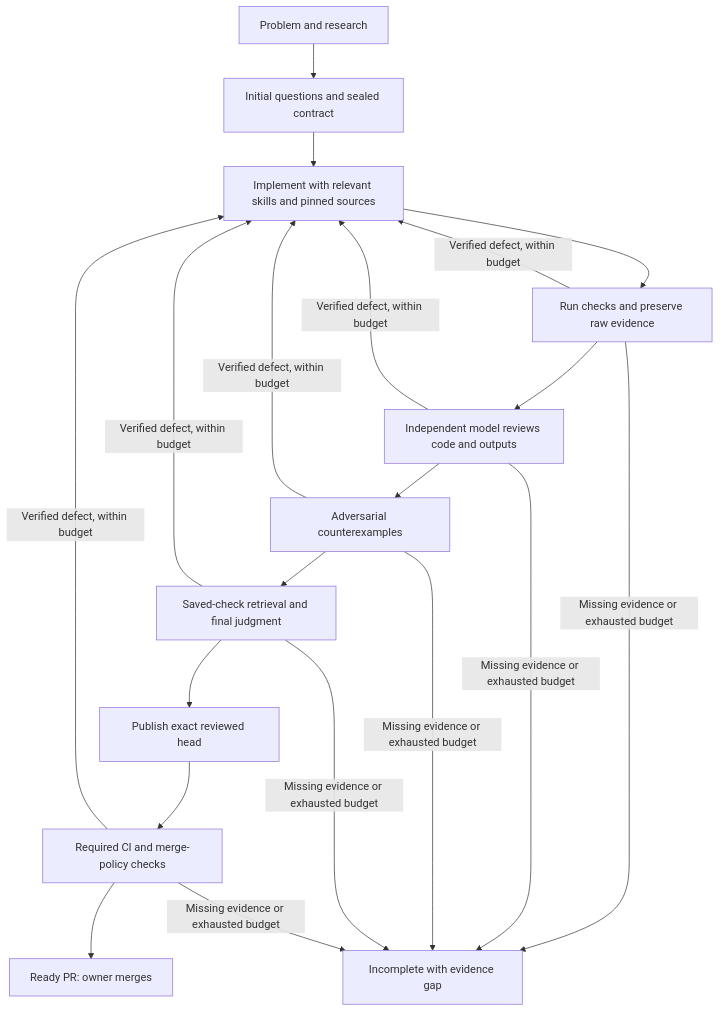
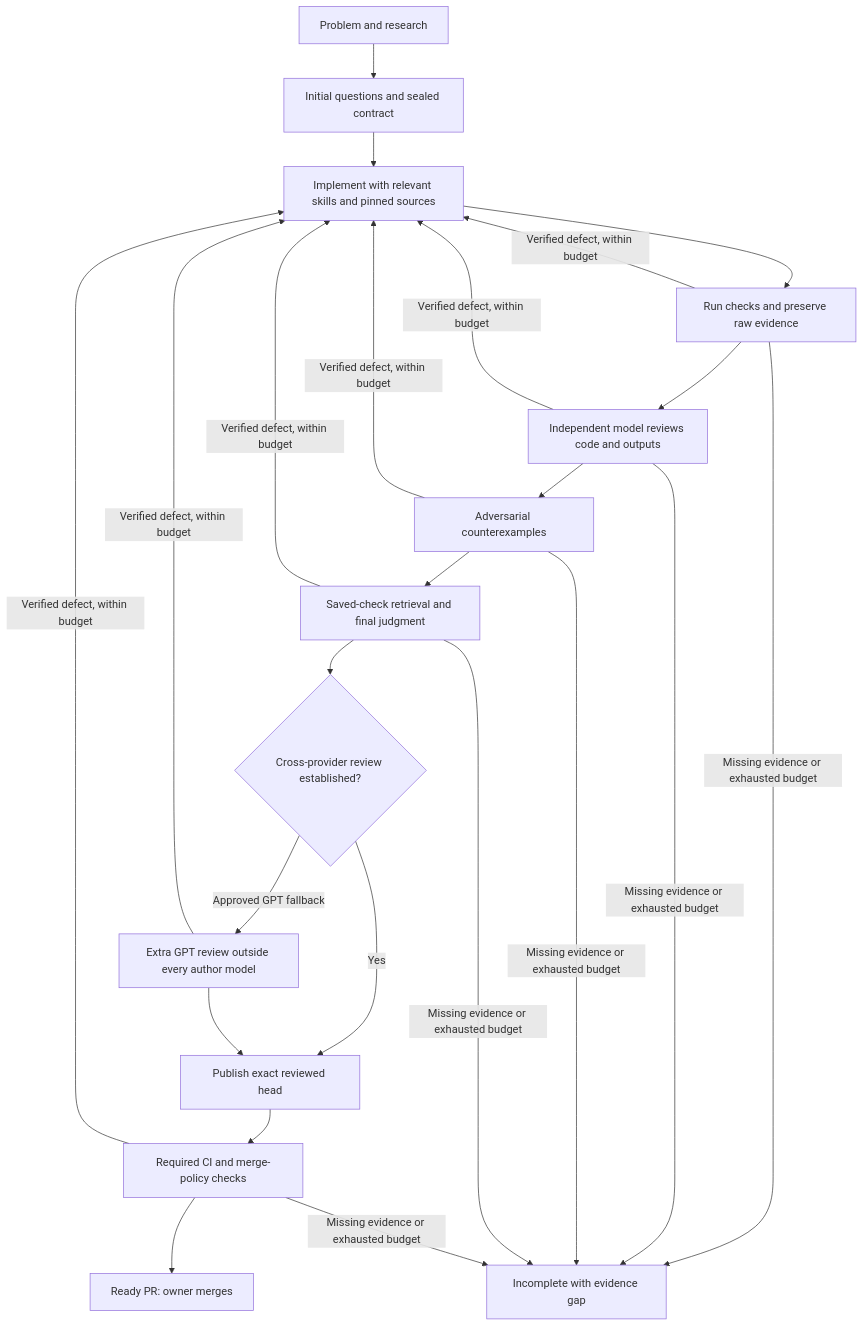
Before and after one commit to SovranBitcoin/Sovran: the diagram in harness/README.md, drawn with Mermaid. The commit also changed other lines of this file and 7 other files, not shown here.

Commit message:
Enforce durable model fallback and independent GPT review slots

````diff
--- a/harness/README.md
+++ b/harness/README.md
@@ -23,14 +23,17 @@
 ```mermaid
 flowchart TD
   problem[Problem and research] --> intake[Initial questions and sealed contract]
   intake --> implement[Implement with relevant skills and pinned sources]
   implement --> verify[Run checks and preserve raw evidence]
   verify --> review[Independent model reviews code and outputs]
   review --> adversary[Adversarial counterexamples]
   adversary --> audit[Saved-check retrieval and final judgment]
-  audit --> publish[Publish exact reviewed head]
+  audit --> diversity{Cross-provider review established?}
+  diversity -->|Yes| publish[Publish exact reviewed head]
+  diversity -->|Approved GPT fallback| extra[Extra GPT review outside every author model]
+  extra --> publish
   publish --> ci[Required CI and merge-policy checks]
   ci --> ready[Ready PR: owner merges]
-  verify & review & adversary & audit & ci -->|Verified defect, within budget| implement
+  verify & review & adversary & audit & extra & ci -->|Verified defect, within budget| implement
   verify & review & adversary & audit & ci -->|Missing evidence or exhausted budget| incomplete[Incomplete with evidence gap]
 ```
````
